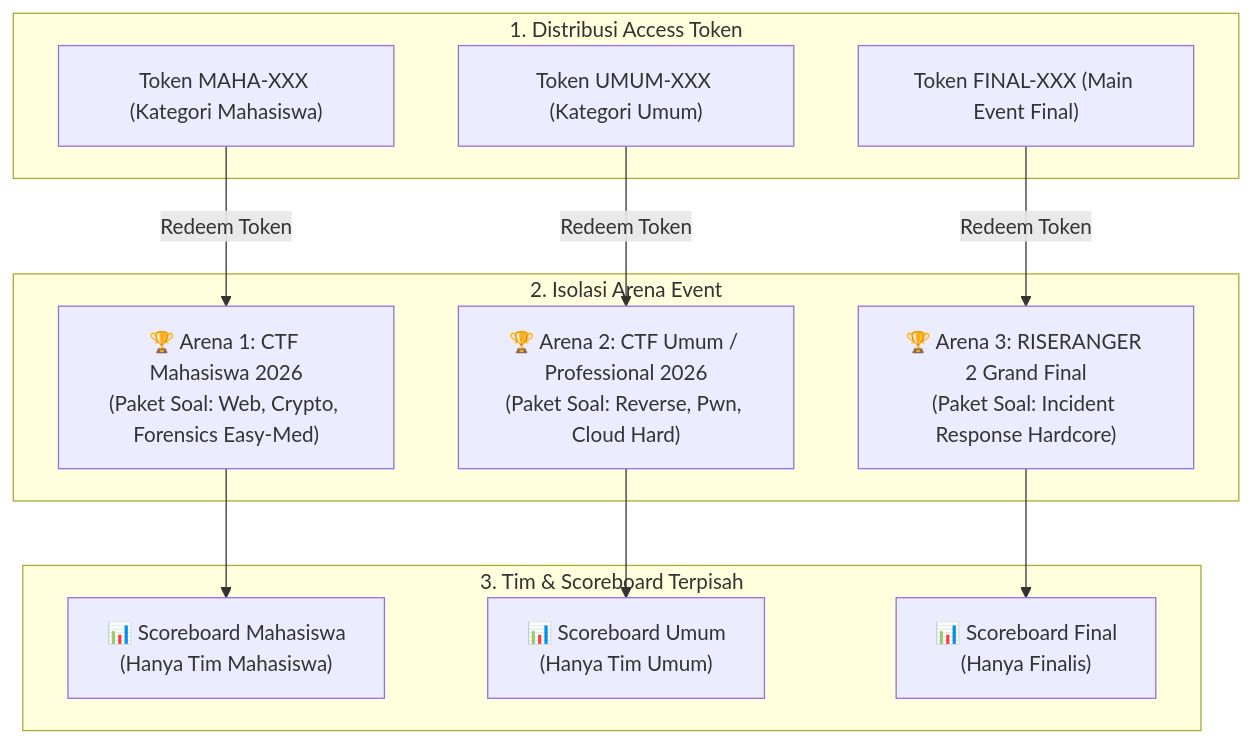
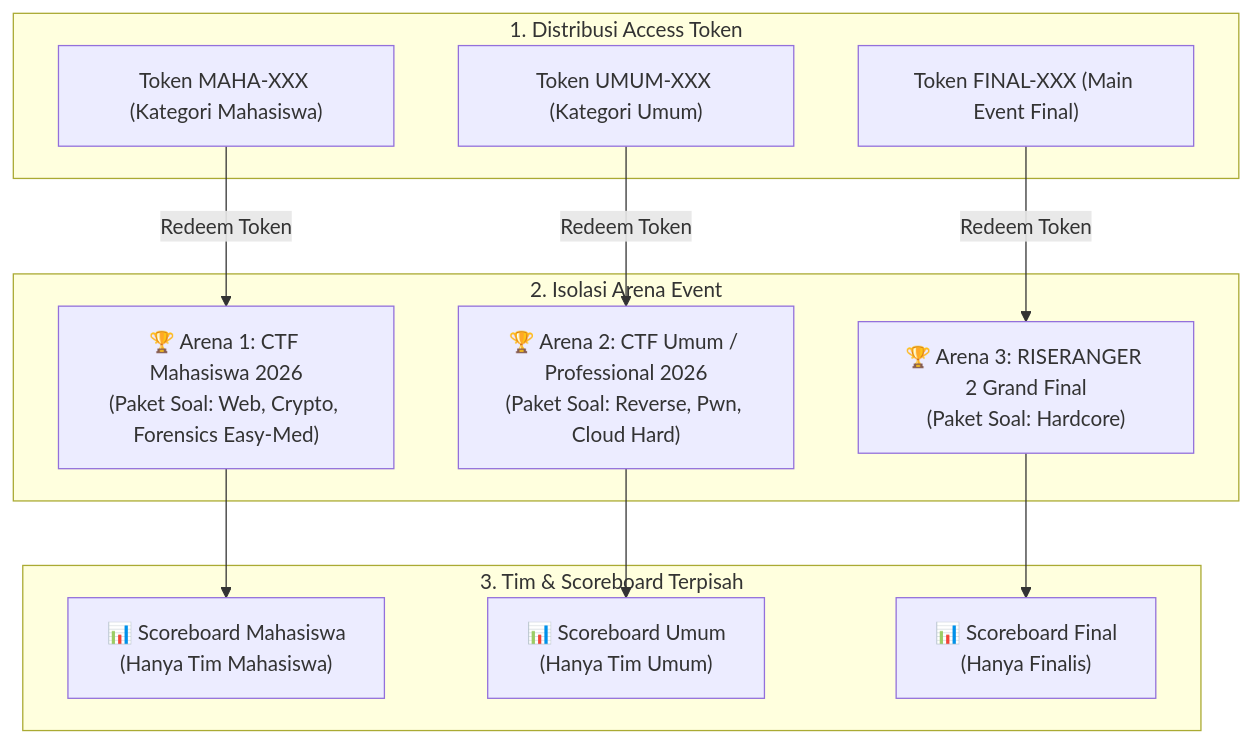
One commit to irizkyw/riseranger2-incident-response changed the third of 6 diagrams in README.md. Above: the diagram before and after it, drawn with Mermaid. The commit also changed other lines of this file and 5 other files, not shown here.

````diff
--- a/README.md
+++ b/README.md
@@ -124,28 +132,28 @@
 ```mermaid
 graph TB
     subgraph TOKEN_DISPATCH["1. Distribusi Access Token"]
         T1["Token MAHA-XXX (Kategori Mahasiswa)"]
         T2["Token UMUM-XXX (Kategori Umum)"]
         T3["Token FINAL-XXX (Main Event Final)"]
     end
 
     subgraph ARENA_ISOLATION["2. Isolasi Arena Event"]
         E1["🏆 Arena 1: CTF Mahasiswa 2026<br/>(Paket Soal: Web, Crypto, Forensics Easy-Med)"]
         E2["🏆 Arena 2: CTF Umum / Professional 2026<br/>(Paket Soal: Reverse, Pwn, Cloud Hard)"]
-        E3["🏆 Arena 3: RISERANGER 2 Grand Final<br/>(Paket Soal: Incident Response Hardcore)"]
+        E3["🏆 Arena 3: RISERANGER 2 Grand Final<br/>(Paket Soal: Hardcore)"]
     end
 
     subgraph TEAMS_SCOREBOARDS["3. Tim & Scoreboard Terpisah"]
         S1["📊 Scoreboard Mahasiswa<br/>(Hanya Tim Mahasiswa)"]
         S2["📊 Scoreboard Umum<br/>(Hanya Tim Umum)"]
         S3["📊 Scoreboard Final<br/>(Hanya Finalis)"]
     end
 
     T1 -->|Redeem Token| E1
     T2 -->|Redeem Token| E2
     T3 -->|Redeem Token| E3
 
     E1 --> S1
     E2 --> S2
     E3 --> S3
 ```
````
